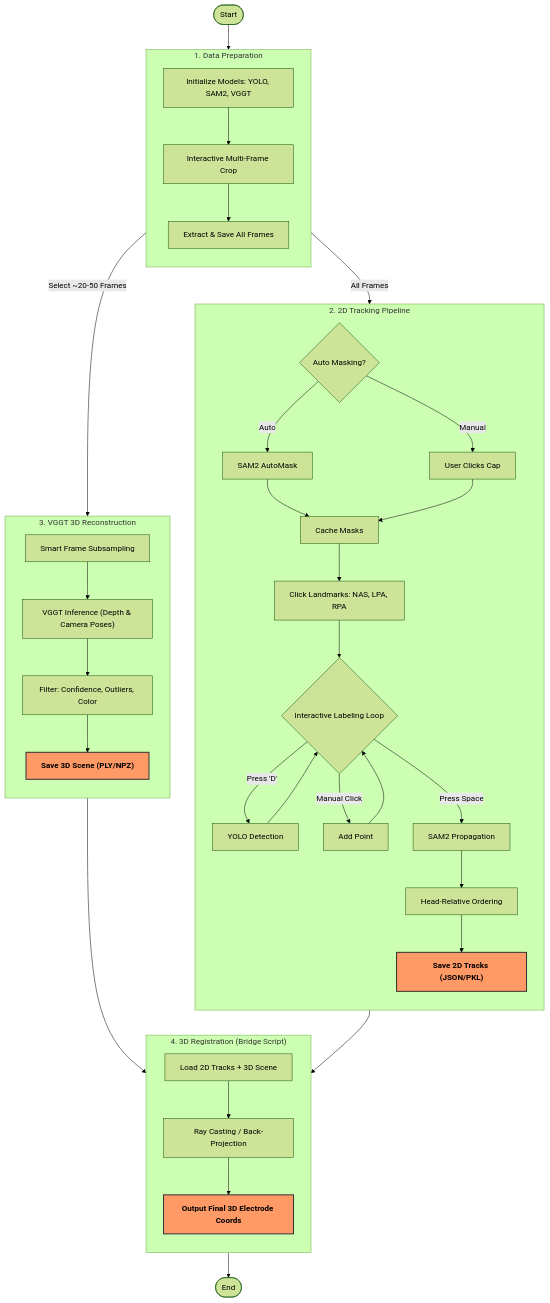
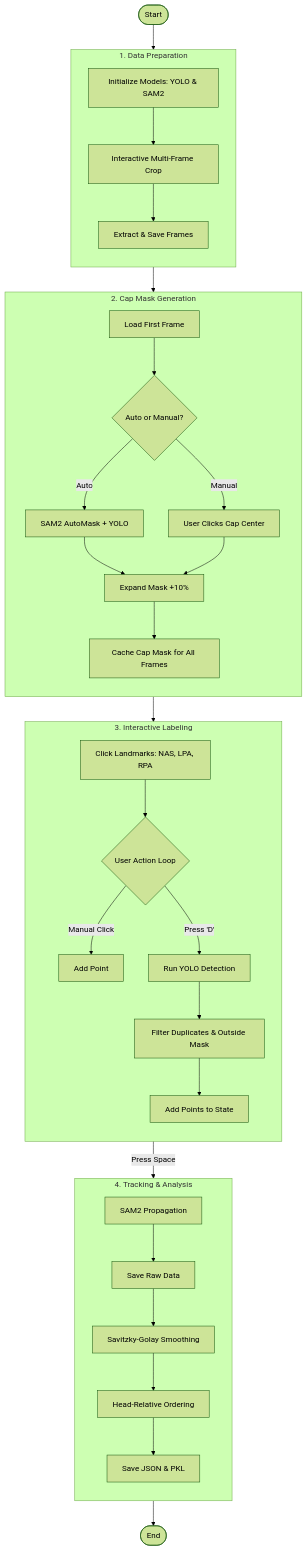
One commit to evrim06/video-eeg-electrode-registration changed the first of 2 diagrams in README.md. Above: the diagram before and after it, drawn with Mermaid (forest theme). The commit also changed other lines of this file and 3 other files, not shown here.

Commit message:
Add VGGT 3D reconstruction and 2D-to-3D projection. include INION estimation

````diff
--- a/README.md
+++ b/README.md
@@ -25,69 +13,46 @@
 ```mermaid
 flowchart TD
-    Start([Start]) --> Init[Initialize Models: YOLO, SAM2, VGGT]
+    Start([Start]) --> Init[Initialize Models: YOLO & SAM2]
 
     %% --------------------
-    %% SHARED PREP
-    %% --------------------
-    subgraph Data_Prep ["1. Data Preparation"]
+    subgraph Data_Prep [1. Data Preparation]
         direction TB
         Init --> MultiFrameCrop[Interactive Multi-Frame Crop]
-        MultiFrameCrop --> ExtractFrames[Extract & Save All Frames]
+        MultiFrameCrop --> ExtractFrames[Extract & Save Frames]
     end
 
     %% --------------------
-    %% BRANCH 1: THE 2D PIPELINE (Your existing work)
-    %% --------------------
-    subgraph 2D_Pipeline ["2. 2D Tracking Pipeline"]
+    subgraph Masking_Phase [2. Cap Mask Generation]
         direction TB
-        ExtractFrames -- "All Frames" --> AutoMaskGen{Auto Masking?}
-        
-        %% Masking
-        AutoMaskGen -- Auto --> SAM2_Auto[SAM2 AutoMask]
-        AutoMaskGen -- Manual --> Manual_Click[User Clicks Cap]
-        SAM2_Auto --> Precompute[Cache Masks]
-        Manual_Click --> Precompute
-
-        %% Labeling
-        Precompute --> UserClickLandmarks["Click Landmarks: NAS, LPA, RPA"]
-        UserClickLandmarks --> InteractiveLoop{Interactive Labeling Loop}
-        
-        InteractiveLoop -- "Press 'D'" --> RunYOLO[YOLO Detection]
-        RunYOLO --> InteractiveLoop
-        InteractiveLoop -- "Manual Click" --> AddPoint[Add Point]
-        AddPoint --> InteractiveLoop
-
-        %% Tracking
-        InteractiveLoop -- "Press Space" --> Tracking[SAM2 Propagation]
-        Tracking --> Ordering[Head-Relative Ordering]
-        Ordering --> Save2D["<B>Save 2D Tracks (JSON/PKL)</B>"]
+        ExtractFrames --> LoadFirstFrame[Load First Frame]
+        LoadFirstFrame --> AutoMaskGen{Auto or Manual?}
+        AutoMaskGen -- Auto --> SAM2_Auto[SAM2 AutoMask + YOLO]
+        AutoMaskGen -- Manual --> Manual_Click[User Clicks Cap Center]
+        SAM2_Auto --> ExpandMask[Expand Mask +10%]
+        Manual_Click --> ExpandMask
+        ExpandMask --> Precompute[Cache Cap Mask for All Frames]
     end
 
     %% --------------------
-    %% BRANCH 2: THE 3D PIPELINE (New VGGT Script)
-    %% --------------------
-    subgraph 3D_Pipeline ["3. VGGT 3D Reconstruction"]
+    subgraph Labeling_Phase [3. Interactive Labeling]
         direction TB
-        ExtractFrames -- "Select ~20-50 Frames" --> SmartSubsample[Smart Frame Subsampling]
-        SmartSubsample --> VGGT_Infer["VGGT Inference (Depth & Camera Poses)"]
-        VGGT_Infer --> Filters["Filter: Confidence, Outliers, Color"]
-        Filters --> Save3D["<B>Save 3D Scene (PLY/NPZ)</B>"]
+        Precompute --> UserClickLandmarks[Click Landmarks: NAS, LPA, RPA]
+        UserClickLandmarks --> InteractiveLoop{User Action Loop}
+        InteractiveLoop -- Manual Click --> AddManual[Add Point]
+        InteractiveLoop -- Press 'D' --> RunYOLO[Run YOLO Detection]
+        RunYOLO --> Filter[Filter Duplicates & Outside Mask]
+        Filter --> AddYOLO[Add Points to State]
     end
 
     %% --------------------
-    %% MERGE: THE BRIDGE SCRIPT
-    %% --------------------
-    subgraph Bridge_Phase ["4. 3D Registration (Bridge Script)"]
+    subgraph Processing_Phase [4. Tracking & Analysis]
         direction TB
-        Save2D --> LoadData[Load 2D Tracks + 3D Scene]
-        Save3D --> LoadData
-        LoadData --> RayCast["Ray Casting / Back-Projection"]
-        RayCast --> FinalOutput["<B>Output Final 3D Electrode Coords</B>"]
+        InteractiveLoop -- Press Space --> Tracking[SAM2 Propagation]
+        Tracking --> RawSave[Save Raw Data]
+        RawSave --> Smoothing[Savitzky-Golay Smoothing]
+        Smoothing --> Ordering[Head-Relative Ordering]
+        Ordering --> FinalSave[Save JSON & PKL]
     end
 
-    FinalOutput --> End([End])
-
-    %% Styling for clarity
-    classDef output fill:#f96,stroke:#333,stroke-width:2px;
-    class Save2D,Save3D,FinalOutput output;
+    FinalSave --> End([End])
 ```
````
